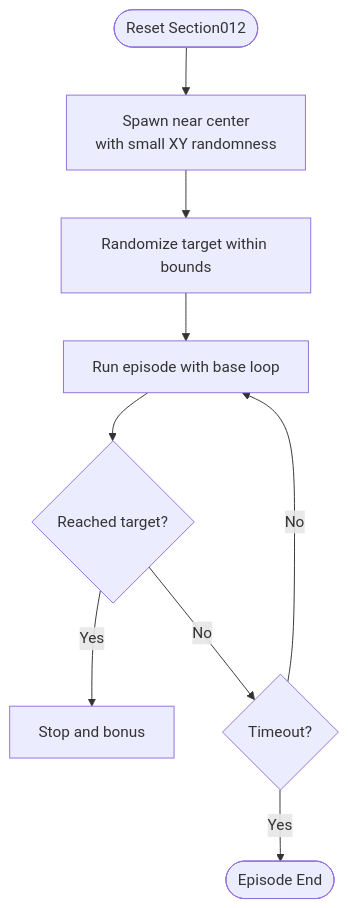
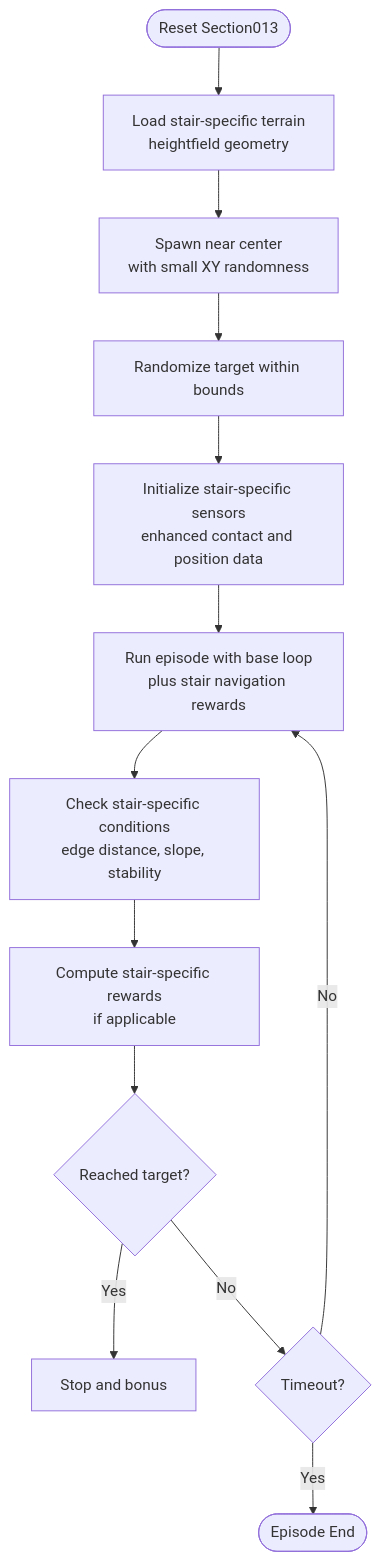
One commit to jayjayhust/MotrixLab changed the sixth of 11 diagrams in .qoder/repowiki/en/content/Navigation Environments/VBot Navigation/Track Sections.md. Above: the diagram before and after it, drawn with Mermaid. The commit also changed other lines of this file and 15 other files, not shown here.

````diff
--- a/.qoder/repowiki/en/content/Navigation Environments/VBot Navigation/Track Sections.md
+++ b/.qoder/repowiki/en/content/Navigation Environments/VBot Navigation/Track Sections.md
@@ -188,11 +414,15 @@
 ```mermaid
 flowchart TD
-Start(["Reset Section012"]) --> Spawn["Spawn near center<br/>with small XY randomness"]
+Start(["Reset Section013"]) --> LoadStairTerrain["Load stair-specific terrain<br/>heightfield geometry"]
+LoadStairTerrain --> Spawn["Spawn near center<br/>with small XY randomness"]
 Spawn --> RandGoal["Randomize target within bounds"]
-RandGoal --> Run["Run episode with base loop"]
-Run --> Reach{"Reached target?"}
+RandGoal --> InitStairSensors["Initialize stair-specific sensors<br/>enhanced contact and position data"]
+InitStairSensors --> Run["Run episode with base loop<br/>plus stair navigation rewards"]
+Run --> CheckStairConditions["Check stair-specific conditions<br/>edge distance, slope, stability"]
+CheckStairConditions --> ComputeStairRewards["Compute stair-specific rewards<br/>if applicable"]
+ComputeStairRewards --> Reach{"Reached target?"}
 Reach --> |Yes| Stop["Stop and bonus"]
 Reach --> |No| Timeout{"Timeout?"}
 Timeout --> |Yes| End(["Episode End"])
 Timeout --> |No| Run
 ```
````
